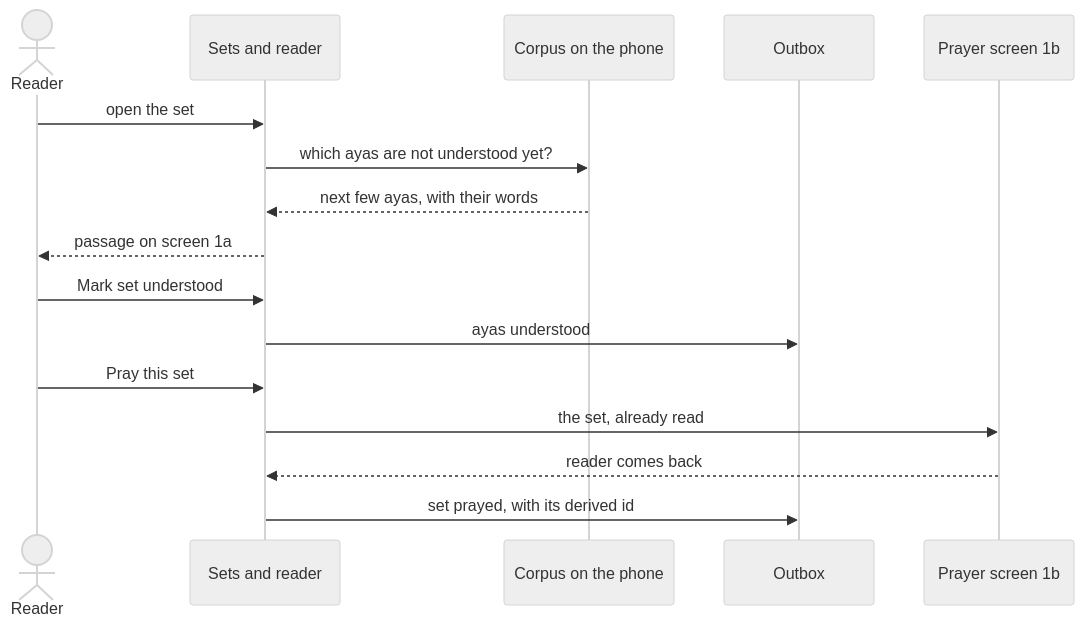
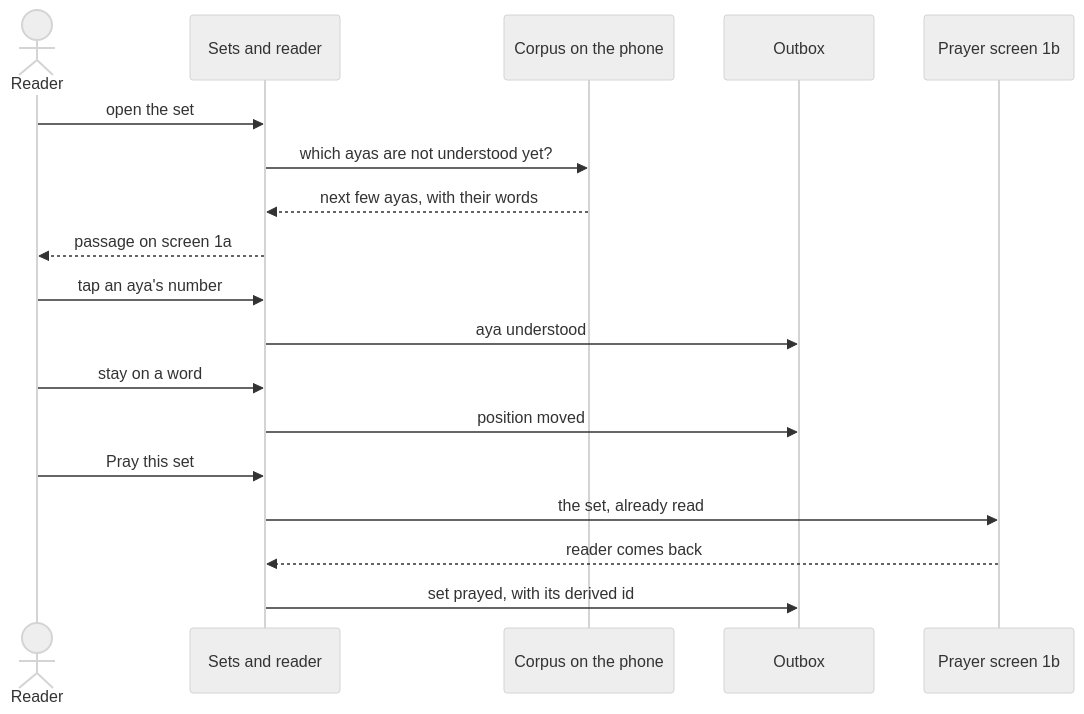
The first of 5 diagrams in docs/architecture/app/sets-and-reader.md (MohammadBnei/wird), drawn with Mermaid (neutral theme) before and after one commit. The commit also changed other lines of this file and 3 other files, not shown here.

First line of the commit message:
Describe the sūra reader in the reader's architecture page

````diff
--- a/docs/architecture/app/sets-and-reader.md
+++ b/docs/architecture/app/sets-and-reader.md
@@ -13,18 +13,20 @@
 ```mermaid
 sequenceDiagram
   actor R as Reader
   participant S as Sets and reader
   participant C as Corpus on the phone
   participant O as Outbox
   participant P as Prayer screen 1b
   R->>S: open the set
   S->>C: which ayas are not understood yet?
   C-->>S: next few ayas, with their words
   S-->>R: passage on screen 1a
-  R->>S: Mark set understood
-  S->>O: ayas understood
+  R->>S: tap an aya's number
+  S->>O: aya understood
+  R->>S: stay on a word
+  S->>O: position moved
   R->>S: Pray this set
   S->>P: the set, already read
   P-->>S: reader comes back
   S->>O: set prayed, with its derived id
 ```
````
